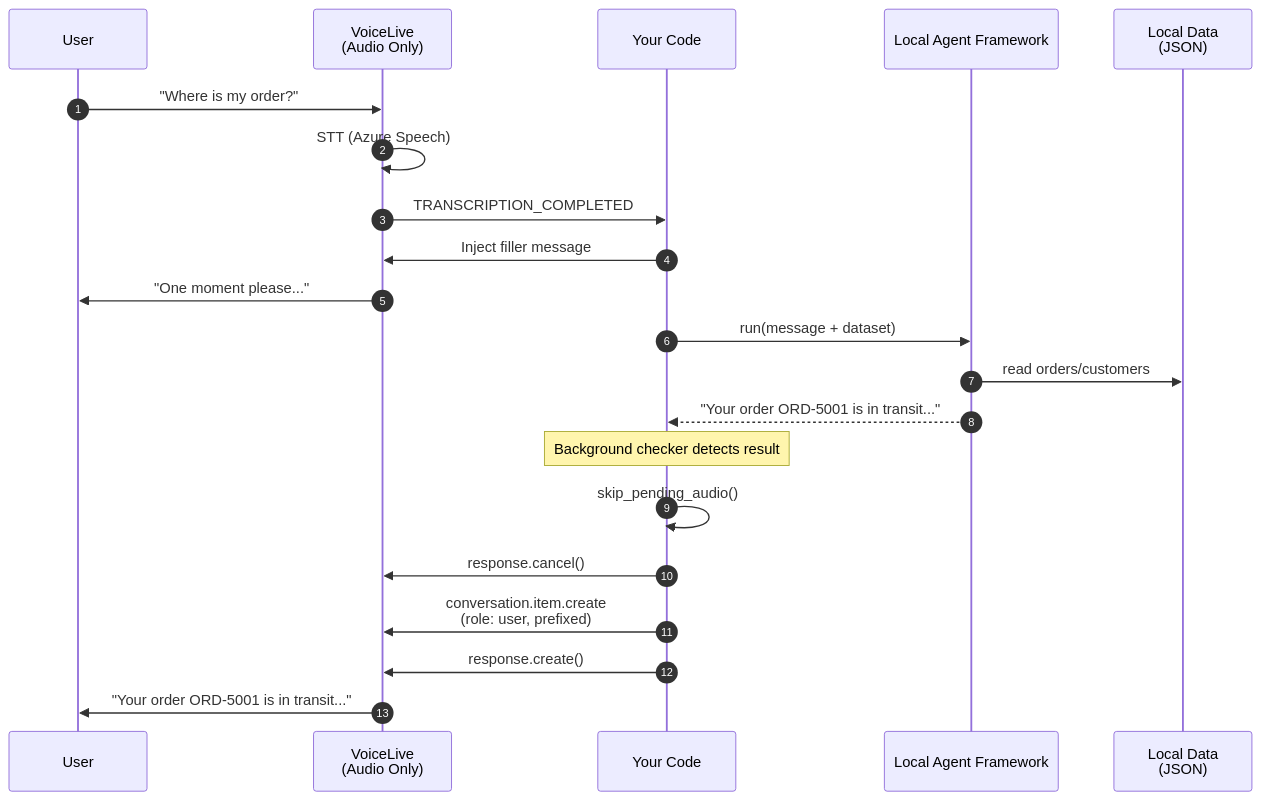
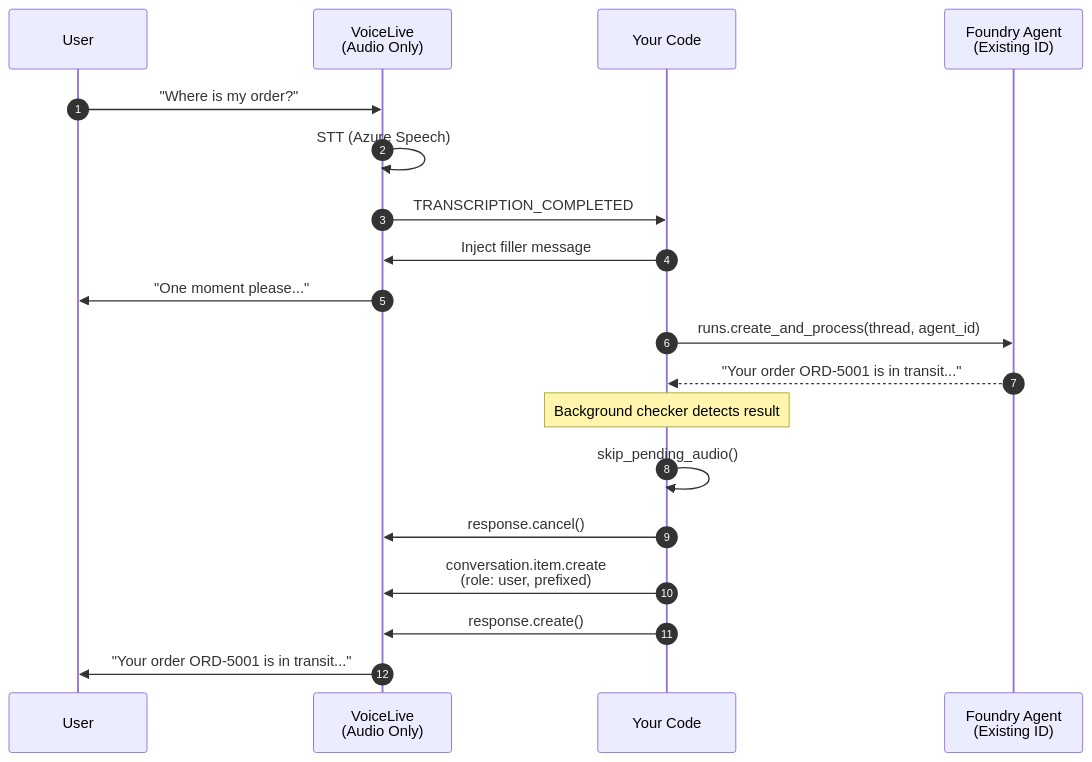
One commit to DittmannAxel/AgenticWorkshopFeb26 changed the diagram in voiceAgentAgentic/02_agent_tools/README.md. Above: the diagram before and after it, drawn with Mermaid. The commit also changed other lines of this file and 1 other file, not shown here.

Commit message:
Use existing Foundry agent and resolve name:version

````diff
--- a/voiceAgentAgentic/02_agent_tools/README.md
+++ b/voiceAgentAgentic/02_agent_tools/README.md
@@ -11,28 +9,26 @@
 ```mermaid
 sequenceDiagram
     autonumber
     participant U as User
     participant VL as VoiceLive<br/>(Audio Only)
     participant Code as Your Code
-    participant Agent as Local Agent Framework
-    participant Data as Local Data<br/>(JSON)
+    participant Agent as Foundry Agent<br/>(Existing ID)
 
     U->>VL: "Where is my order?"
     VL->>VL: STT (Azure Speech)
     VL->>Code: TRANSCRIPTION_COMPLETED
 
     Code->>VL: Inject filler message
     VL->>U: "One moment please..."
 
-    Code->>Agent: run(message + dataset)
-    Agent->>Data: read orders/customers
+    Code->>Agent: runs.create_and_process(thread, agent_id)
     Agent-->>Code: "Your order ORD-5001 is in transit..."
 
     Note over Code: Background checker detects result
 
     Code->>Code: skip_pending_audio()
     Code->>VL: response.cancel()
     Code->>VL: conversation.item.create<br/>(role: user, prefixed)
     Code->>VL: response.create()
     VL->>U: "Your order ORD-5001 is in transit..."
 ```
````
